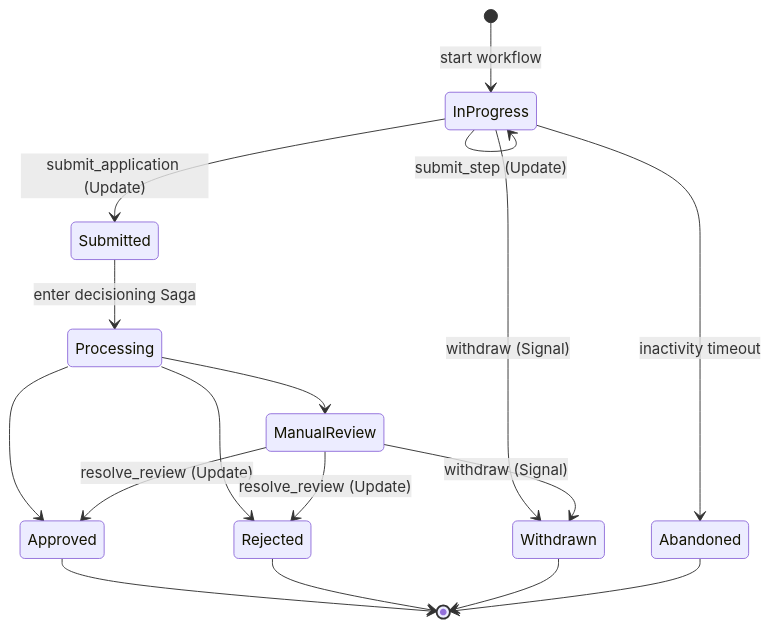
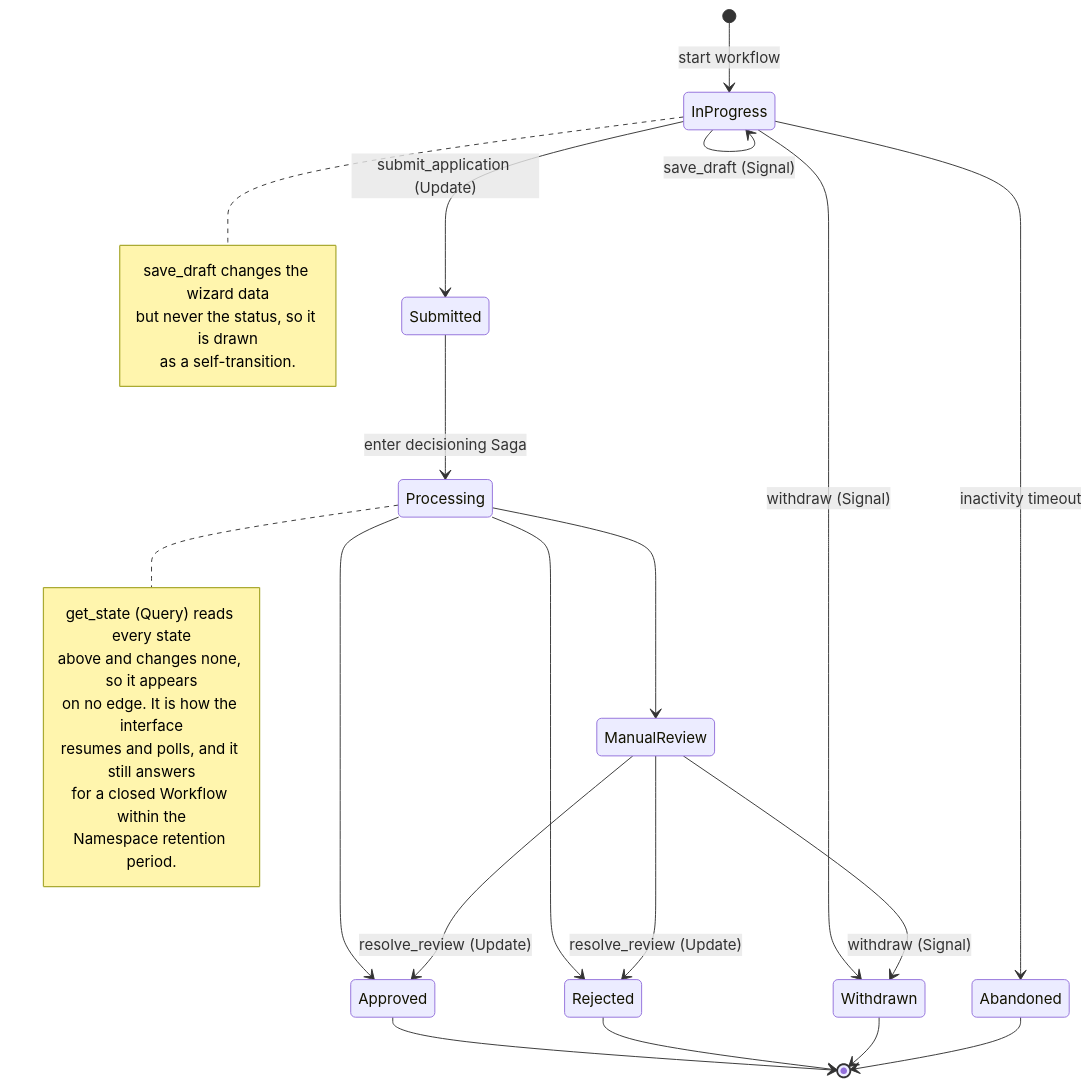
The second of 5 diagrams in docs/loan-wizard-validated-pattern-design.md (temporal-sa/loan-wizard), drawn with Mermaid before and after one commit. The commit also changed other lines of this file and 4 other files, not shown here.

````diff
--- a/docs/loan-wizard-validated-pattern-design.md
+++ b/docs/loan-wizard-validated-pattern-design.md
@@ -166,19 +170,35 @@
 ```mermaid
 stateDiagram-v2
   [*] --> InProgress: start workflow
   InProgress --> InProgress: submit_step (Update)
+  InProgress --> InProgress: save_draft (Signal)
   InProgress --> Submitted: submit_application (Update)
   InProgress --> Withdrawn: withdraw (Signal)
   InProgress --> Abandoned: inactivity timeout
   Submitted --> Processing: enter decisioning Saga
   Processing --> Approved
   Processing --> Rejected
   Processing --> ManualReview
   ManualReview --> Approved: resolve_review (Update)
   ManualReview --> Rejected: resolve_review (Update)
   ManualReview --> Withdrawn: withdraw (Signal)
   Approved --> [*]
   Rejected --> [*]
   Withdrawn --> [*]
   Abandoned --> [*]
+
+  note right of InProgress
+    save_draft changes the wizard data
+    but never the status, so it is drawn
+    as a self-transition.
+  end note
+
+  note right of Processing
+    get_state (Query) reads every state
+    above and changes none, so it appears
+    on no edge. It is how the interface
+    resumes and polls, and it still answers
+    for a closed Workflow within the
+    Namespace retention period.
+  end note
 ```
````
